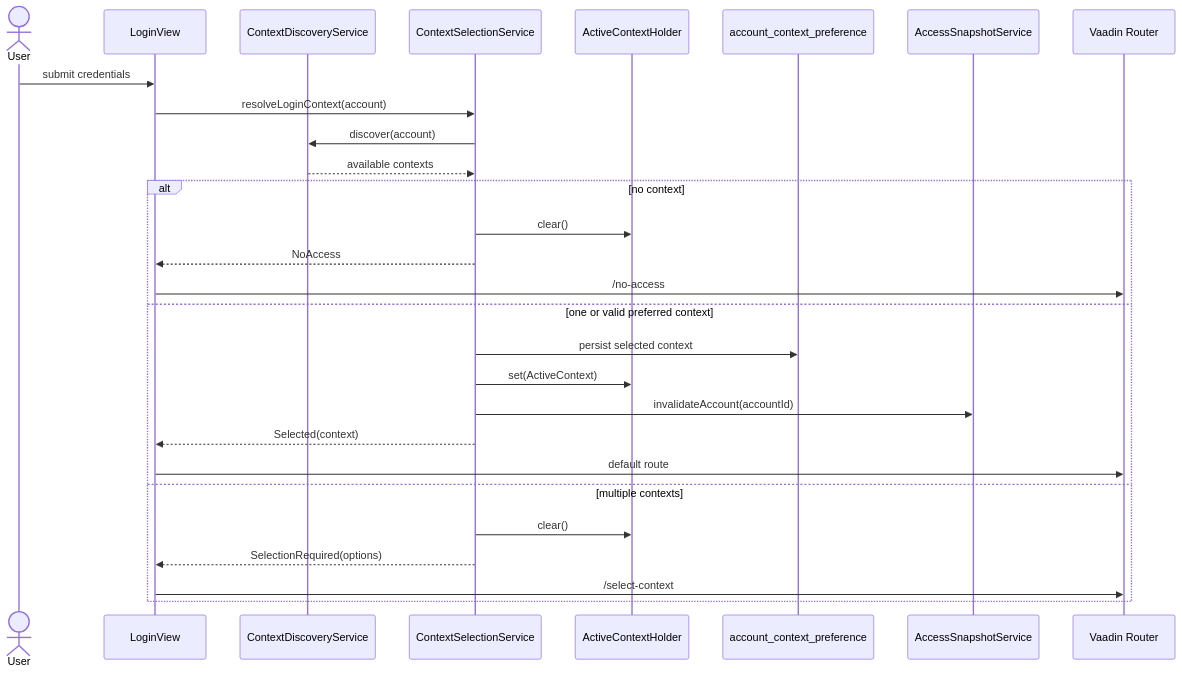
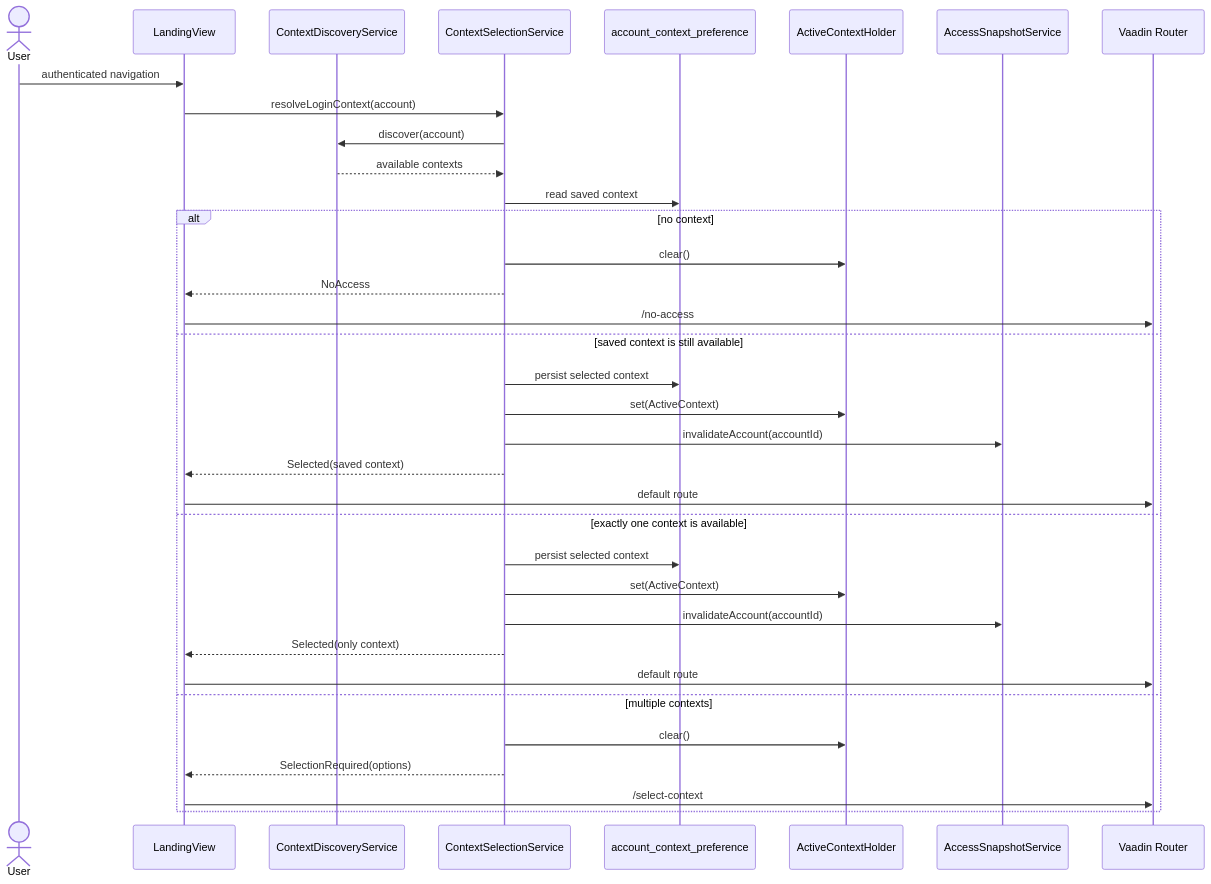
One commit to cristiandlahoz/socratic-tutor changed the third of 6 diagrams in docs/rbac.md. Above: the diagram before and after it, drawn with Mermaid. The commit also changed other lines of this file and 1 other file, not shown here.

First line of the commit message:
docs: clarify RBAC thesis diagrams

````diff
--- a/docs/rbac.md
+++ b/docs/rbac.md
@@ -193,32 +216,39 @@
 ```mermaid
 sequenceDiagram
     actor User
-    participant Login as LoginView
+    participant Landing as LandingView
     participant Discovery as ContextDiscoveryService
     participant Selection as ContextSelectionService
+    participant Pref as account_context_preference
     participant Holder as ActiveContextHolder
-    participant Pref as account_context_preference
     participant Snapshot as AccessSnapshotService
     participant Router as Vaadin Router
 
-    User->>Login: submit credentials
-    Login->>Selection: resolveLoginContext(account)
+    User->>Landing: authenticated navigation
+    Landing->>Selection: resolveLoginContext(account)
     Selection->>Discovery: discover(account)
     Discovery-->>Selection: available contexts
+    Selection->>Pref: read saved context
 
     alt no context
         Selection->>Holder: clear()
-        Selection-->>Login: NoAccess
-        Login->>Router: /no-access
-    else one or valid preferred context
+        Selection-->>Landing: NoAccess
+        Landing->>Router: /no-access
+    else saved context is still available
         Selection->>Pref: persist selected context
         Selection->>Holder: set(ActiveContext)
         Selection->>Snapshot: invalidateAccount(accountId)
-        Selection-->>Login: Selected(context)
-        Login->>Router: default route
+        Selection-->>Landing: Selected(saved context)
+        Landing->>Router: default route
+    else exactly one context is available
+        Selection->>Pref: persist selected context
+        Selection->>Holder: set(ActiveContext)
+        Selection->>Snapshot: invalidateAccount(accountId)
+        Selection-->>Landing: Selected(only context)
+        Landing->>Router: default route
     else multiple contexts
         Selection->>Holder: clear()
-        Selection-->>Login: SelectionRequired(options)
-        Login->>Router: /select-context
+        Selection-->>Landing: SelectionRequired(options)
+        Landing->>Router: /select-context
     end
 ```
````
